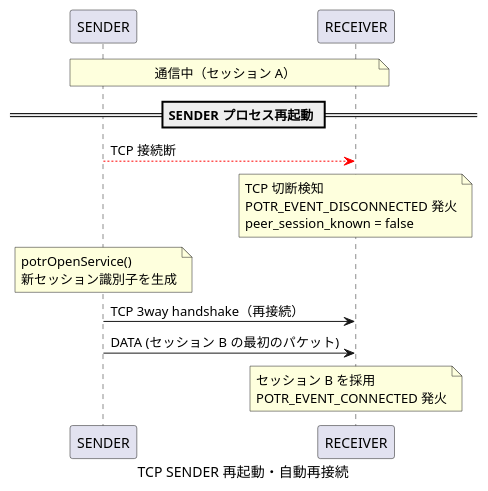
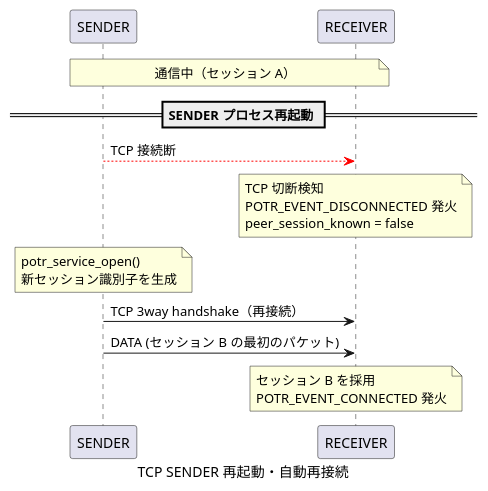
Diagram 25 of 30 in docs/sequence.md (Hondarer/app_porter), drawn with PlantUML before and after one commit. The commit also changed other lines of this file and 148 other files, not shown here.

````diff
--- a/docs/sequence.md
+++ b/docs/sequence.md
@@ -906,22 +906,22 @@
 ```plantuml
 @startuml TCP 再接続シーケンス
 caption TCP SENDER 再起動・自動再接続
 
 participant "SENDER" as S
 participant "RECEIVER" as R
 
 note over S,R: 通信中（セッション A）
 
 == SENDER プロセス再起動 ==
 
 S -[#red]-> R: TCP 接続断
 note over R: TCP 切断検知\nPOTR_EVENT_DISCONNECTED 発火\npeer_session_known = false
 
-note over S: potrOpenService()\n新セッション識別子を生成
+note over S: potr_service_open()\n新セッション識別子を生成
 S -> R: TCP 3way handshake（再接続）
 S -> R: DATA (セッション B の最初のパケット)
 
 note over R: セッション B を採用\nPOTR_EVENT_CONNECTED 発火
 
 @enduml
 ```
````
